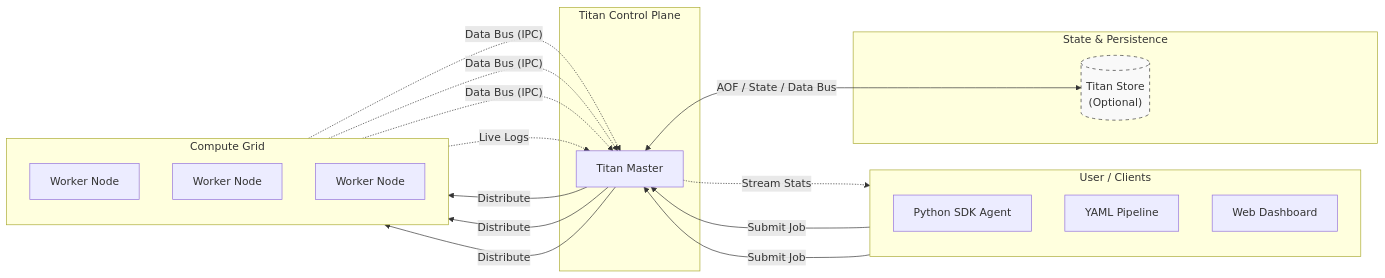
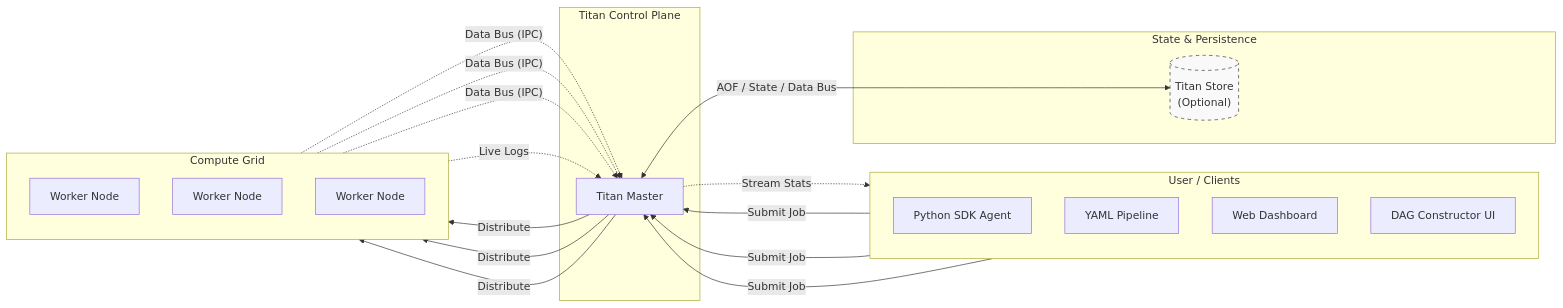
One commit to ramn51/DistributedTaskOrchestrator changed the diagram in titan-docs/docs/index.md. Above: the diagram before and after it, drawn with Mermaid. The commit also changed other lines of this file and 3 other files, not shown here.

````diff
--- a/titan-docs/docs/index.md
+++ b/titan-docs/docs/index.md
@@ -88,43 +94,45 @@
 ```mermaid
 flowchart LR
     subgraph Clients["User / Clients"]
         direction TB
         SDK["Python SDK Agent"]
         YAML["YAML Pipeline"]
         Dash["Web Dashboard"]
+        Constructor["DAG Constructor UI"]
     end
 
     subgraph ControlPlane["Titan Control Plane"]
         Master["Titan Master"]
     end
 
     subgraph DataLayer["State & Persistence"]
         Store[("Titan Store<br>(Optional)")]
     end
 
     subgraph Grid["Compute Grid"]
         direction TB
         W1["Worker Node"]
         W2["Worker Node"]
         W3["Worker Node"]
     end
 
     SDK -- "Submit Job" --> Master
     YAML -- "Submit Job" --> Master
+    Constructor -- "Submit Job" --> Master
 
     Master -- "Distribute" --> W1
     Master -- "Distribute" --> W2
     Master -- "Distribute" --> W3
     
     W1 -. "Data Bus (IPC)" .-> Master
     W2 -. "Data Bus (IPC)" .-> Master
     W3 -. "Data Bus (IPC)" .-> Master
 
     Master -. "Stream Stats" .-> Dash
     W1 -. "Live Logs" .-> Master
 
     Master <-->|"AOF / State / Data Bus"| Store
 
     classDef optional fill:#f9f9f9,stroke:#333,stroke-dasharray: 5 5;
     class Store optional;
 ```
````
